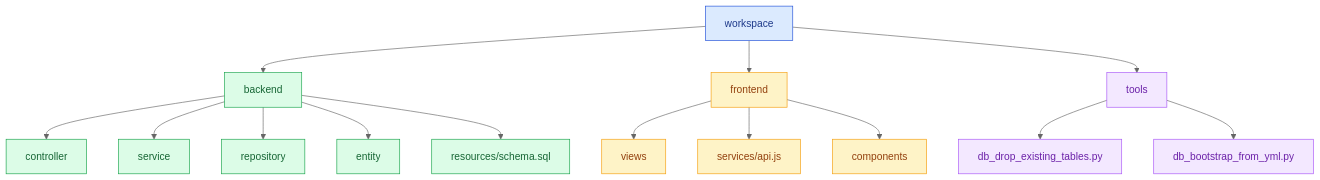
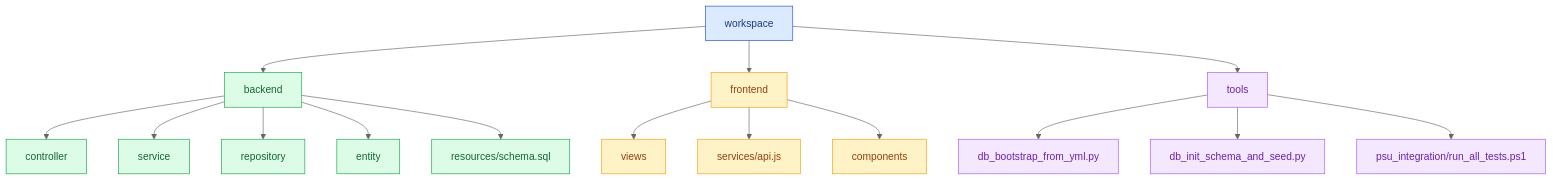
The first of 8 diagrams in README.md (sherlockslf/prompt_service_platform), drawn with Mermaid (neutral theme) before and after one commit. The commit also changed other lines of this file and 14 other files, not shown here.

````diff
--- a/README.md
+++ b/README.md
@@ -44,25 +46,26 @@
 ```mermaid
 flowchart TB
     A[workspace] --> B[backend]
     A --> C[frontend]
     A --> D[tools]
     B --> B1[controller]
     B --> B2[service]
     B --> B3[repository]
     B --> B4[entity]
     B --> B5[resources/schema.sql]
     C --> C1[views]
     C --> C2[services/api.js]
     C --> C3[components]
-    D --> D1[db_drop_existing_tables.py]
-    D --> D2[db_bootstrap_from_yml.py]
+    D --> D1[db_bootstrap_from_yml.py]
+    D --> D2[db_init_schema_and_seed.py]
+    D --> D3[psu_integration/run_all_tests.ps1]
 
     classDef root fill:#dbeafe,color:#1e3a8a,stroke:#1d4ed8;
     classDef backend fill:#dcfce7,color:#166534,stroke:#16a34a;
     classDef frontend fill:#fef3c7,color:#92400e,stroke:#f59e0b;
     classDef tools fill:#f3e8ff,color:#6b21a8,stroke:#a855f7;
     class A root;
     class B,B1,B2,B3,B4,B5 backend;
     class C,C1,C2,C3 frontend;
-    class D,D1,D2 tools;
+    class D,D1,D2,D3 tools;
 ```
````
